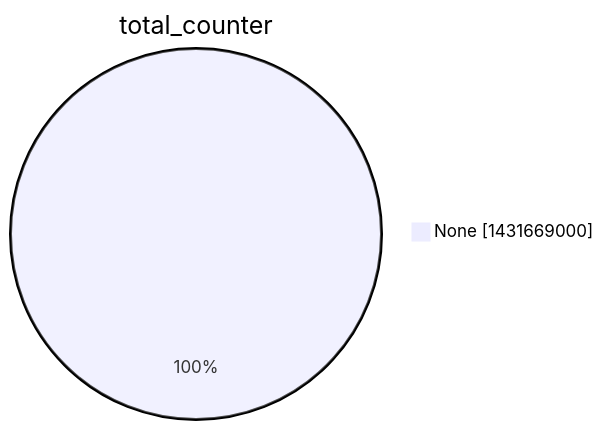
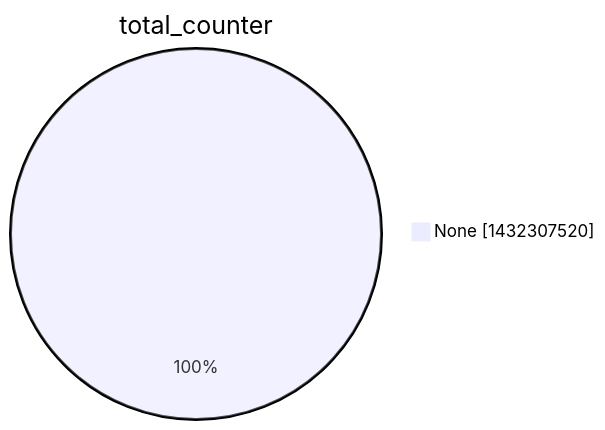
Before and after one commit to christiankrug/ctmonitor_visualization: the second of 15 diagrams in argon2022/README.md, drawn with Mermaid. The commit also changed other lines of this file, not shown here.

````diff
--- a/argon2022/README.md
+++ b/argon2022/README.md
@@ -9,5 +9,5 @@
 ```mermaid
 pie showData
 title total_counter
-"None" :1431669000
+"None" :1432307520
 ```
````
